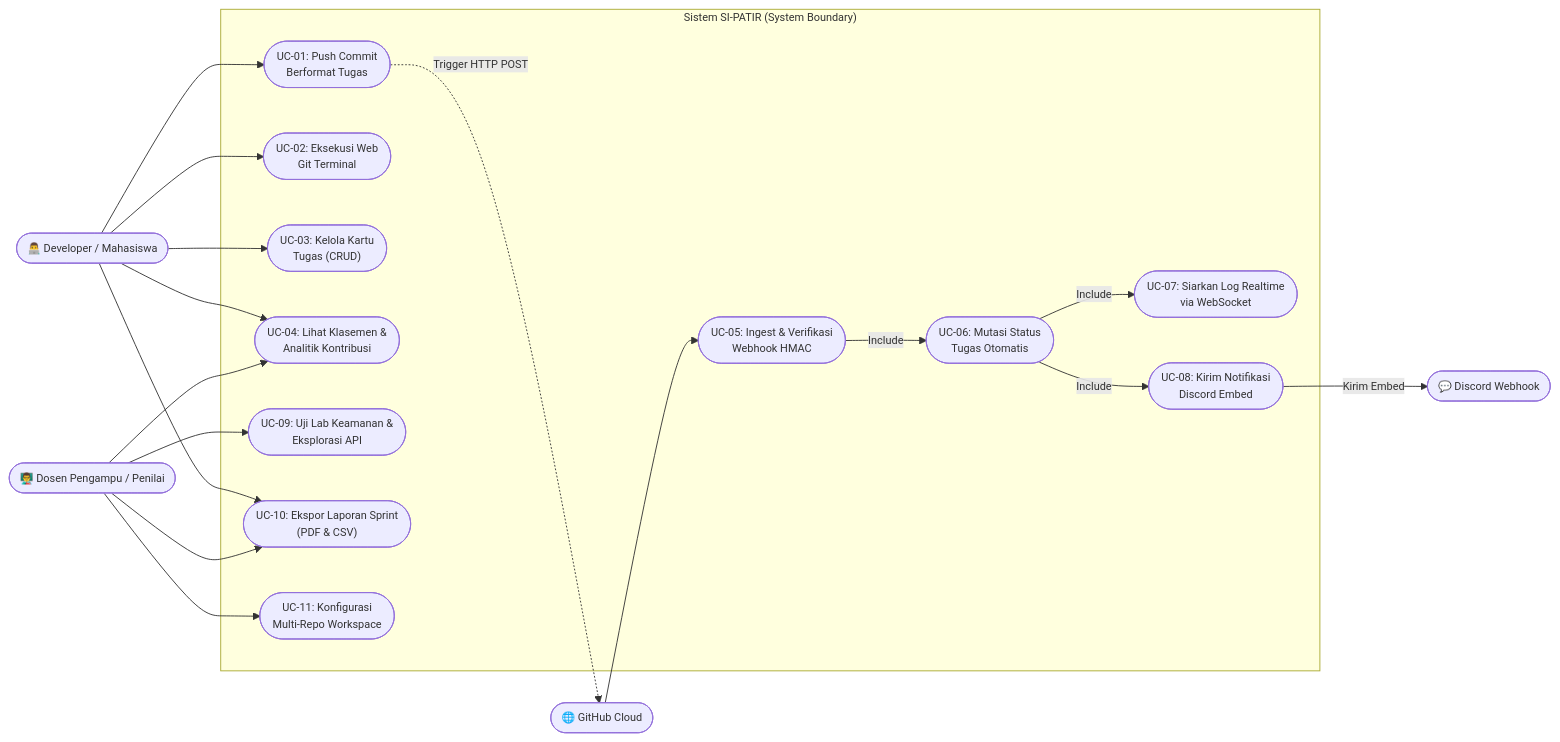
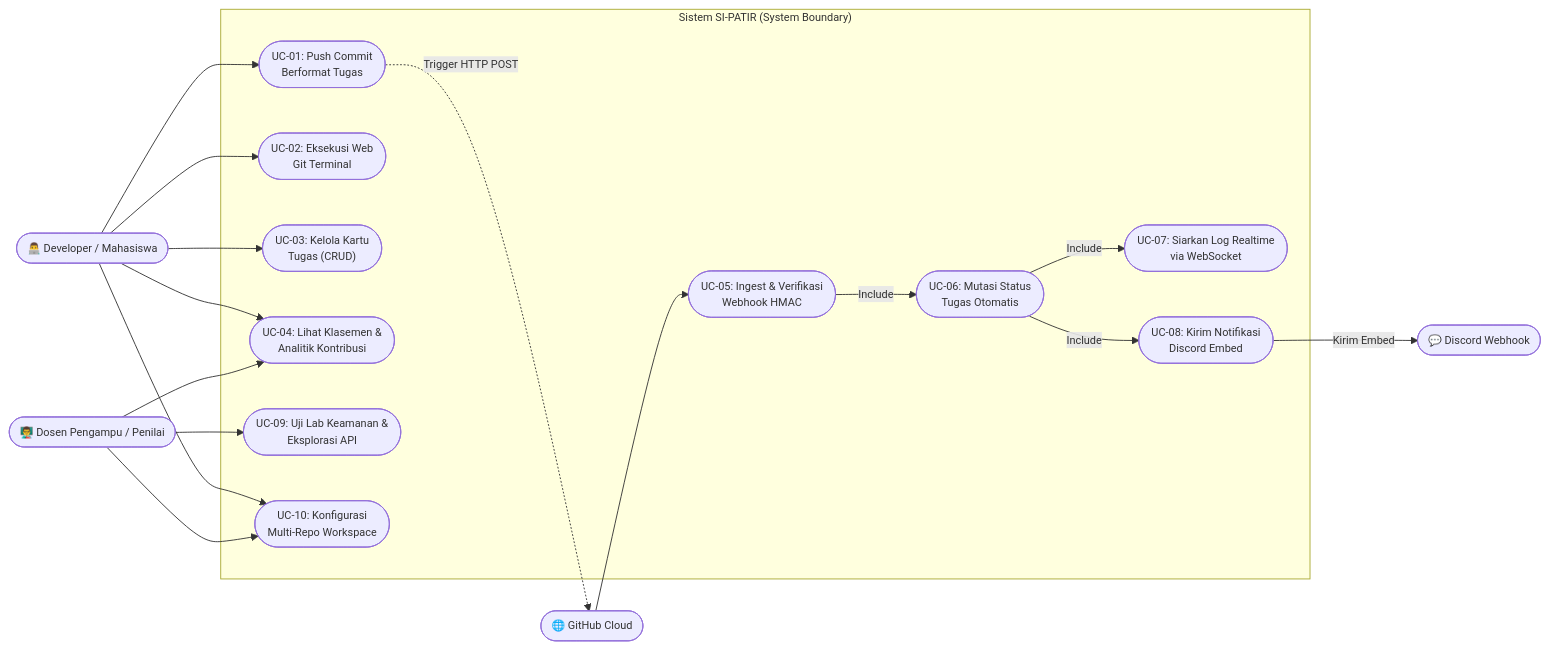
The first of 6 diagrams in docs/academic/DIAGRAM-ARSITEKTUR-UML.md (denoyey/si-patir), drawn with Mermaid before and after one commit. The commit also changed 8 other files, not shown here.

Commit message:
feat(dashboard): remove csv and pdf export feature and streamline slide deck

````diff
--- a/docs/academic/DIAGRAM-ARSITEKTUR-UML.md
+++ b/docs/academic/DIAGRAM-ARSITEKTUR-UML.md
@@ -29,46 +29,44 @@
 ```mermaid
 %%{init: {'theme': 'default', 'themeVariables': { 'fontSize': '12px' }}}%%
 flowchart LR
     %% Actors
     dev(["👨‍💻 Developer / Mahasiswa"])
     lecturer(["👨‍🏫 Dosen Pengampu / Penilai"])
     github(["🌐 GitHub Cloud"])
     discord(["💬 Discord Webhook"])
 
     subgraph SIPATIR ["Sistem SI-PATIR (System Boundary)"]
         UC1(["UC-01: Push Commit<br/>Berformat Tugas"])
         UC2(["UC-02: Eksekusi Web<br/>Git Terminal"])
         UC3(["UC-03: Kelola Kartu<br/>Tugas (CRUD)"])
         UC4(["UC-04: Lihat Klasemen &<br/>Analitik Kontribusi"])
         UC5(["UC-05: Ingest & Verifikasi<br/>Webhook HMAC"])
         UC6(["UC-06: Mutasi Status<br/>Tugas Otomatis"])
         UC7(["UC-07: Siarkan Log Realtime<br/>via WebSocket"])
         UC8(["UC-08: Kirim Notifikasi<br/>Discord Embed"])
         UC9(["UC-09: Uji Lab Keamanan &<br/>Eksplorasi API"])
-        UC10(["UC-10: Ekspor Laporan Sprint<br/>(PDF & CSV)"])
-        UC11(["UC-11: Konfigurasi<br/>Multi-Repo Workspace"])
+        UC10(["UC-10: Konfigurasi<br/>Multi-Repo Workspace"])
     end
 
     %% Developer Relations
     dev --> UC1
     dev --> UC2
     dev --> UC3
     dev --> UC4
     dev --> UC10
 
     %% GitHub Relations
     UC1 -.->|Trigger HTTP POST| github
     github --> UC5
 
     %% Internal System Relations
     UC5 -->|Include| UC6
     UC6 -->|Include| UC7
     UC6 -->|Include| UC8
     UC8 -->|Kirim Embed| discord
 
     %% Lecturer / Reviewer Relations
     lecturer --> UC4
     lecturer --> UC9
     lecturer --> UC10
-    lecturer --> UC11
 ```
````
